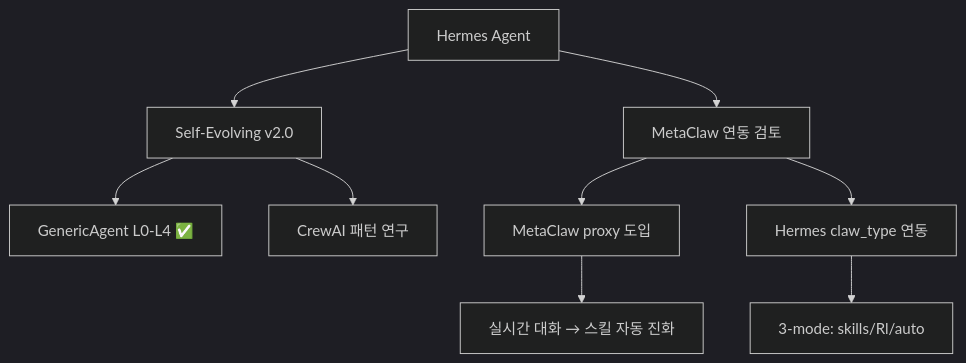
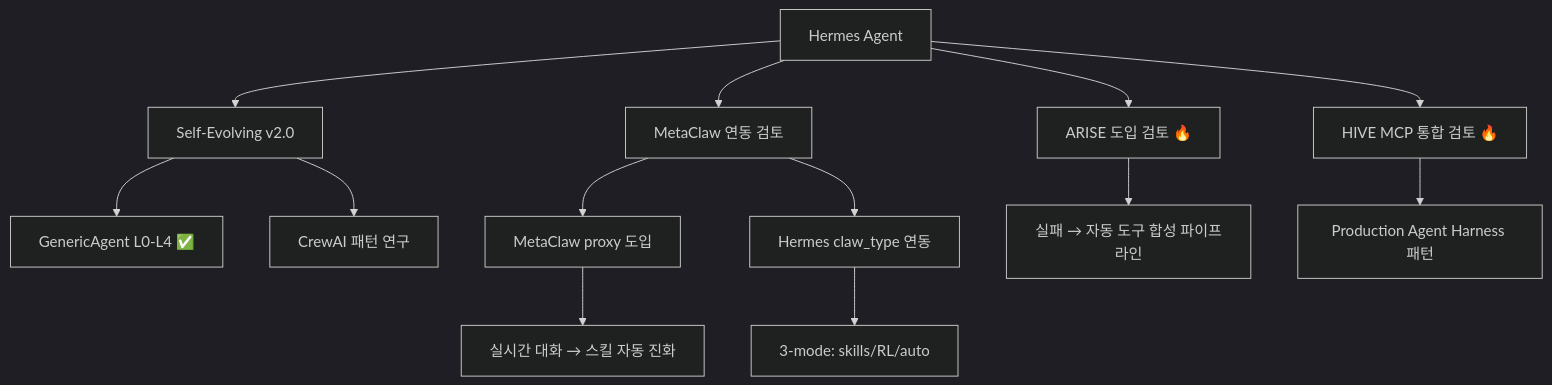
Before and after one commit to mirae0708/steven: the diagram in 10_Wiki/진화형-AI-프로그램-허브.md, drawn with Mermaid (dark theme). The commit also changed other lines of this file and 25 other files, not shown here.

````diff
--- a/10_Wiki/진화형-AI-프로그램-허브.md
+++ b/10_Wiki/진화형-AI-프로그램-허브.md
@@ -116,11 +225,17 @@
 ```mermaid
 graph TD
     A[Hermes Agent] --> B[Self-Evolving v2.0]
     A --> C[MetaClaw 연동 검토]
     B --> D[GenericAgent L0-L4 ✅]
     B --> E[CrewAI 패턴 연구]
     C --> F[MetaClaw proxy 도입]
     C --> G[Hermes claw_type 연동]
     F --> H[실시간 대화 → 스킬 자동 진화]
-    G --> I[3-mode: skills/Rl/auto]
+    G --> I[3-mode: skills/RL/auto]
+    
+    %% 신규 발견
+    A --> J[ARISE 도입 검토 🔥]
+    A --> K[HIVE MCP 통합 검토 🔥]
+    J --> L[실패 → 자동 도구 합성 파이프라인]
+    K --> M[Production Agent Harness 패턴]
 ```
````
